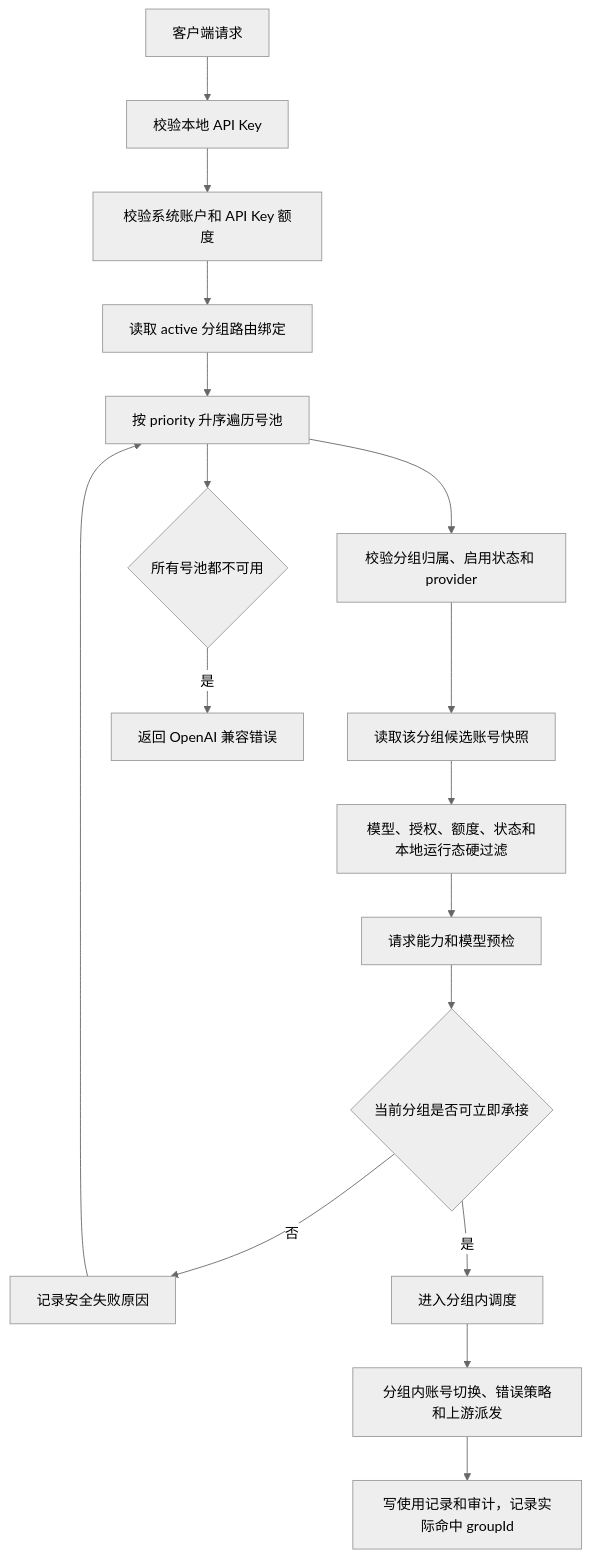
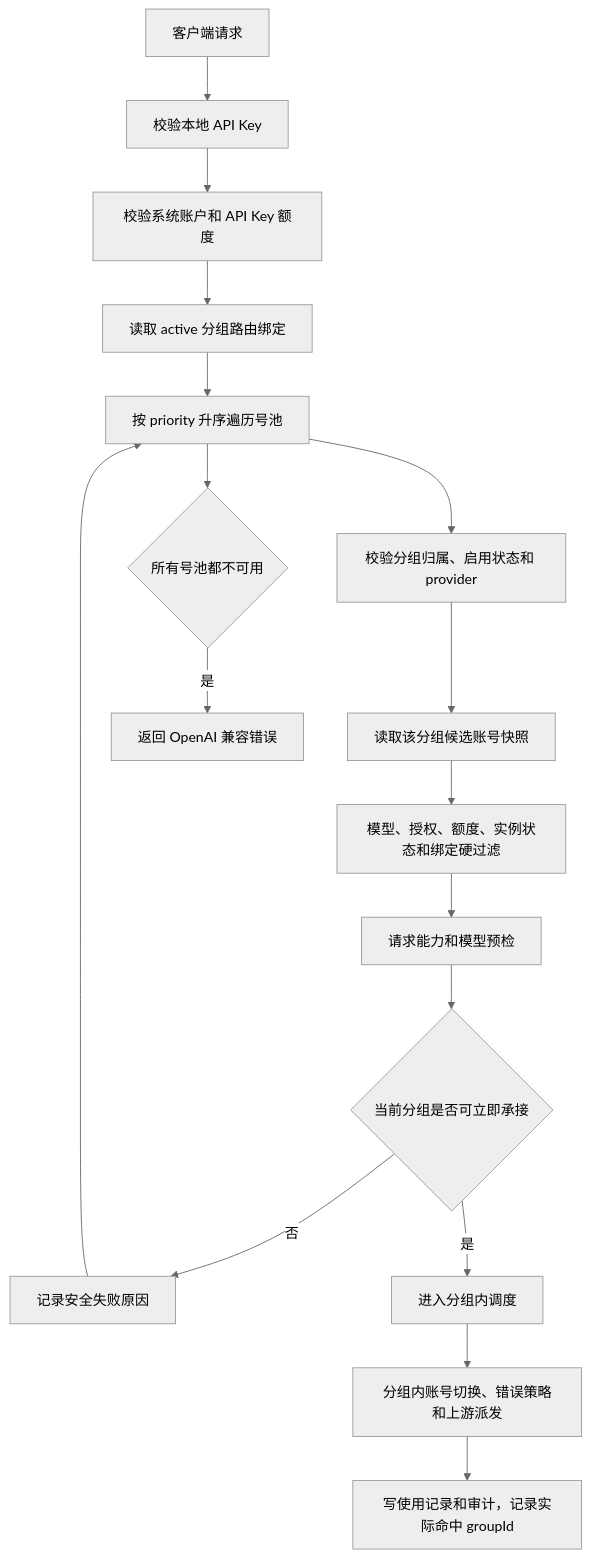
The diagram in docs/functions/APIKey多分组路由设计.md (huanmin123/juhe-ai), drawn with Mermaid (neutral theme) before and after one commit. The commit also changed other lines of this file and 131 other files, not shown here.

````diff
--- a/docs/functions/APIKey多分组路由设计.md
+++ b/docs/functions/APIKey多分组路由设计.md
@@ -189,19 +190,19 @@
 ```mermaid
 flowchart TD
   A["客户端请求"] --> B["校验本地 API Key"]
   B --> C["校验系统账户和 API Key 额度"]
   C --> D["读取 active 分组路由绑定"]
   D --> E["按 priority 升序遍历号池"]
   E --> F["校验分组归属、启用状态和 provider"]
   F --> G["读取该分组候选账号快照"]
-  G --> H["模型、授权、额度、状态和本地运行态硬过滤"]
+  G --> H["模型、授权、额度、实例状态和绑定硬过滤"]
   H --> I["请求能力和模型预检"]
   I --> J{"当前分组是否可立即承接"}
   J -- "否" --> K["记录安全失败原因"]
   K --> E
   J -- "是" --> L["进入分组内调度"]
   L --> M["分组内账号切换、错误策略和上游派发"]
   M --> N["写使用记录和审计，记录实际命中 groupId"]
   E --> O{"所有号池都不可用"}
   O -- "是" --> P["返回 OpenAI 兼容错误"]
 ```
````
